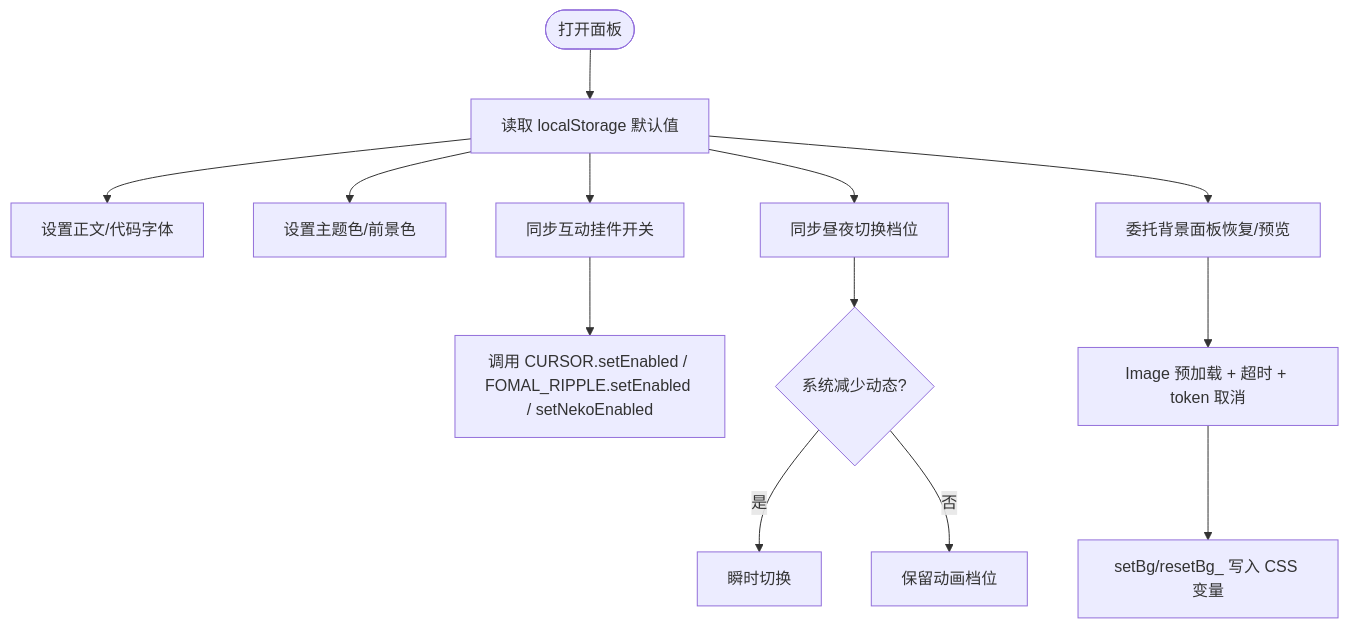
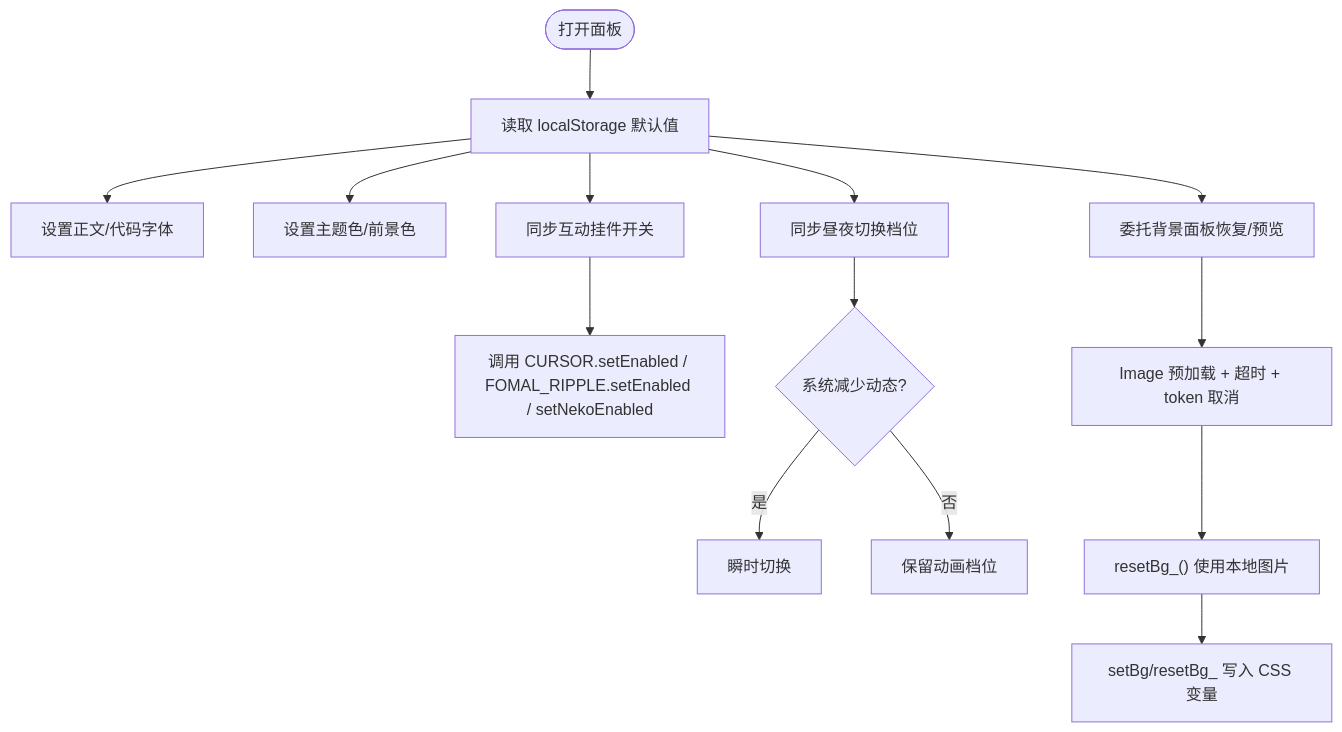
Before and after one commit to N1280851853/my_blog: the third of 8 diagrams in .qoder/repowiki/zh/content/JavaScript 模块系统/JavaScript 模块系统.md, drawn with Mermaid. The commit also changed other lines of this file and 41 other files, not shown here.

````diff
--- a/.qoder/repowiki/zh/content/JavaScript 模块系统/JavaScript 模块系统.md
+++ b/.qoder/repowiki/zh/content/JavaScript 模块系统/JavaScript 模块系统.md
@@ -142,15 +165,16 @@
 ```mermaid
 flowchart TD
 Start(["打开面板"]) --> Init["读取 localStorage 默认值"]
 Init --> Font["设置正文/代码字体"]
 Init --> Color["设置主题色/前景色"]
 Init --> Interaction["同步互动挂件开关"]
 Init --> NightTier["同步昼夜切换档位"]
 Init --> Background["委托背景面板恢复/预览"]
 Interaction --> Apply["调用 CURSOR.setEnabled / FOMAL_RIPPLE.setEnabled / setNekoEnabled"]
 NightTier --> CheckReduced{"系统减少动态?"}
 CheckReduced --> |是| Instant["瞬时切换"]
 CheckReduced --> |否| Animate["保留动画档位"]
 Background --> Preview["Image 预加载 + 超时 + token 取消"]
-Preview --> Commit["setBg/resetBg_ 写入 CSS 变量"]
+Preview --> ResetBg["resetBg_() 使用本地图片"]
+ResetBg --> Commit["setBg/resetBg_ 写入 CSS 变量"]
 ```
````
